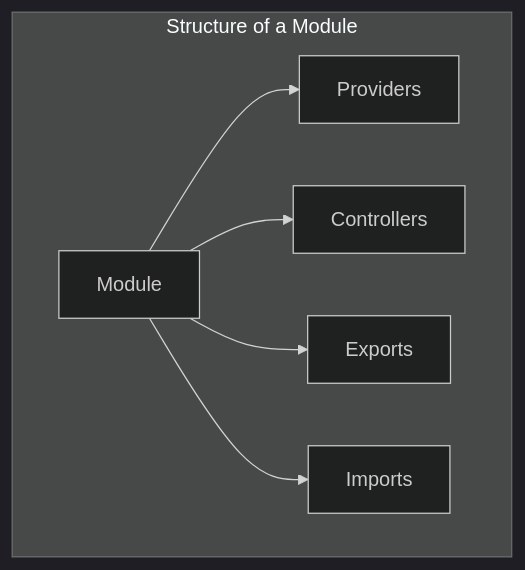
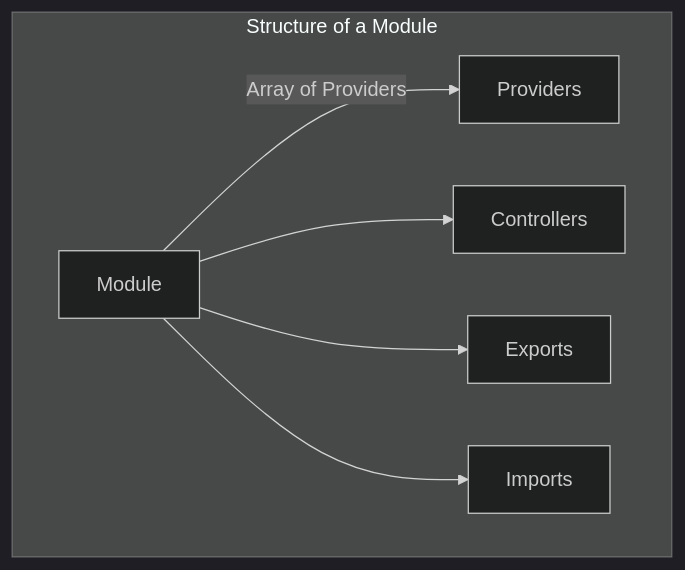
One commit to albin-joseph/myjslearnings changed the first of 3 diagrams in nestjs/README.md. Above: the diagram before and after it, drawn with Mermaid (dark theme).

Commit message:
update nestjs document

````diff
--- a/nestjs/README.md
+++ b/nestjs/README.md
@@ -57,16 +57,16 @@
     ``` mermaid
         flowchart TD;
             subgraph Structure of a Module
             step1["Module"]
             step2["Providers"]
-            step1 --> step2
+            step1 --> | Array of Providers | step2
             step3["Controllers"]
              step1 --> step3
             step4["Exports"]
              step1 --> step4
             step5["Imports"]
              step1 --> step5
             end
         
 
     ```
````
